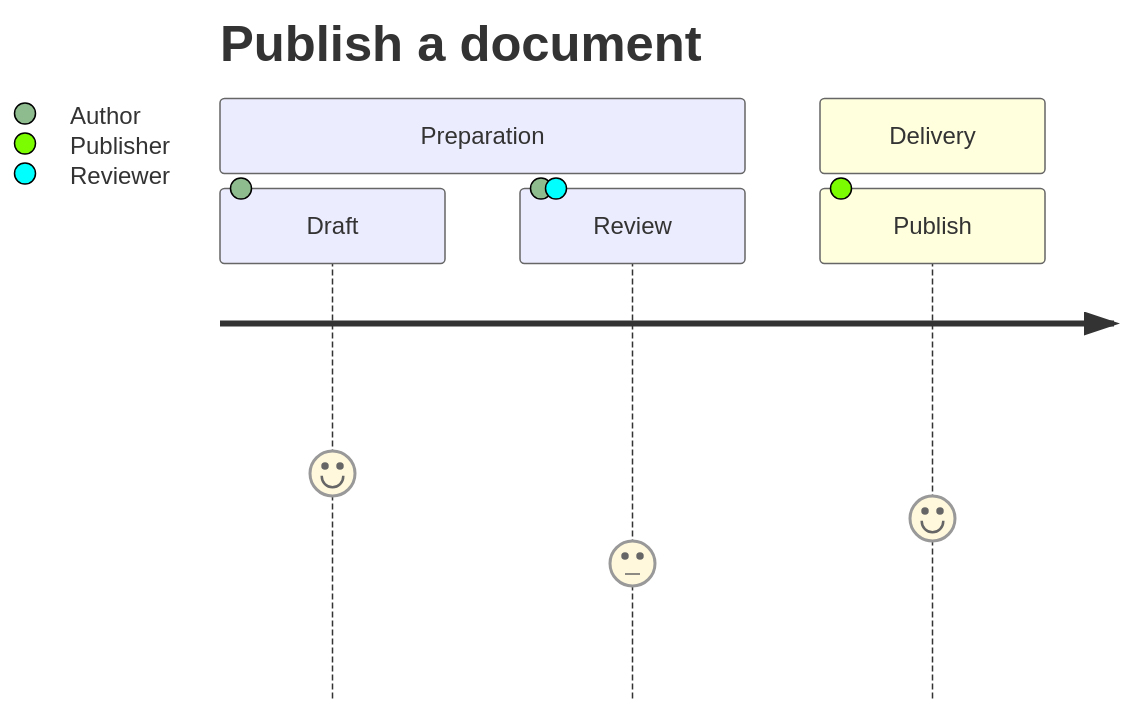
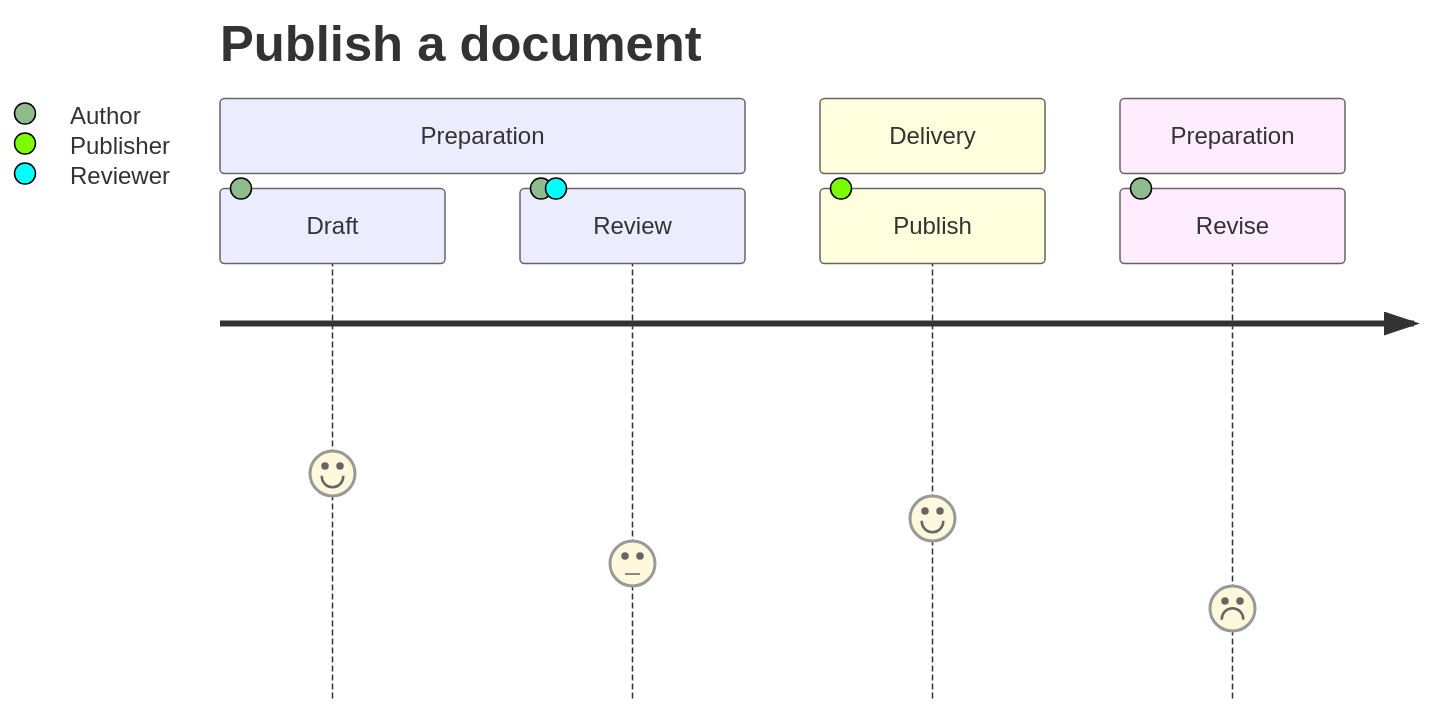
One commit to Nek/mermaid-trace changed the fourth of 6 diagrams in docs/examples/watch-preview.md. Above: the diagram before and after it, drawn with Mermaid. The commit also changed 6 other files, not shown here.

````diff
--- a/docs/examples/watch-preview.md
+++ b/docs/examples/watch-preview.md
@@ -46,9 +46,11 @@
 ```mermaid
 journey
   title Publish a document
   section Preparation
   Draft : 5 : Author
   Review : 3 : Author, Reviewer
   section Delivery
   Publish : 4 : Publisher
+  section Preparation
+  Revise : 2 : Author
 ```
````
